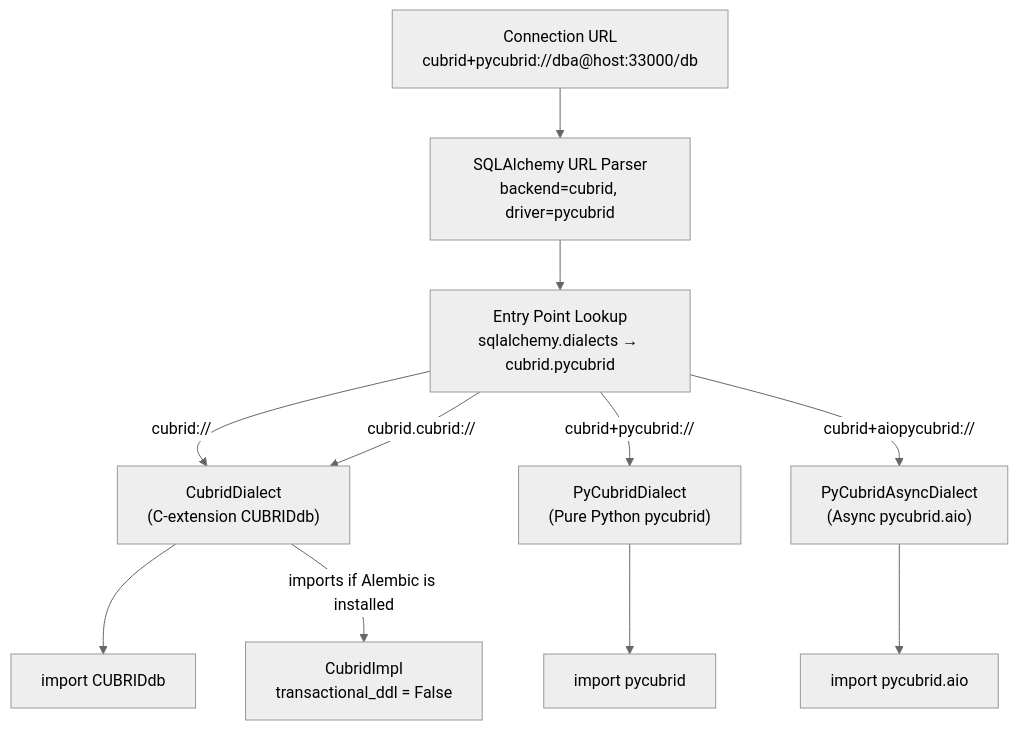
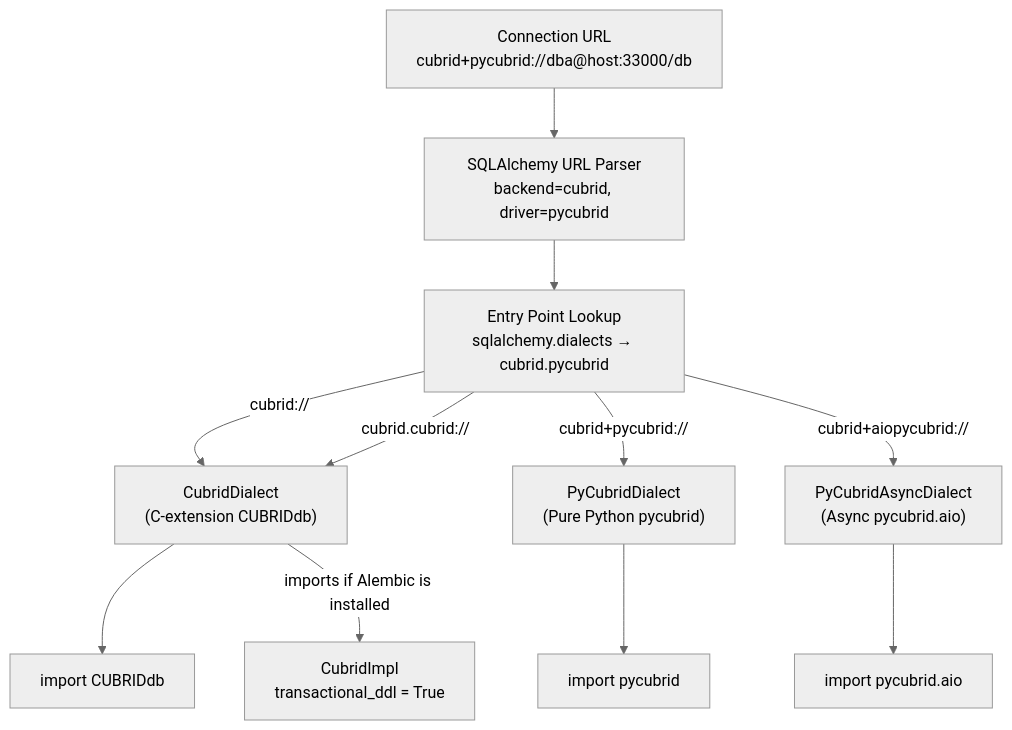
One commit to HarshRajSinghania/sqlalchemy-cubrid changed the fifth of 6 diagrams in docs/ARCHITECTURE.md. Above: the diagram before and after it, drawn with Mermaid (neutral theme). The commit also changed other lines of this file and 29 other files, not shown here.

First line of the commit message:
fix(alembic): treat CUBRID DDL as transactional (transactional_ddl = True) (#525)

````diff
--- a/docs/ARCHITECTURE.md
+++ b/docs/ARCHITECTURE.md
@@ -213,20 +213,20 @@
 ```mermaid
 flowchart TD
     url["Connection URL<br/>cubrid+pycubrid://dba@host:33000/db"]
     parse["SQLAlchemy URL Parser<br/>backend=cubrid, driver=pycubrid"]
     entry["Entry Point Lookup<br/>sqlalchemy.dialects → cubrid.pycubrid"]
     
     url --> parse
     parse --> entry
     
     entry -->|"cubrid://"| cubrid_dialect["CubridDialect<br/>(C-extension CUBRIDdb)"]
     entry -->|"cubrid.cubrid://"| cubrid_dialect
     entry -->|"cubrid+pycubrid://"| pycubrid_dialect["PyCubridDialect<br/>(Pure Python pycubrid)"]
     entry -->|"cubrid+aiopycubrid://"| aio_pycubrid_dialect["PyCubridAsyncDialect<br/>(Async pycubrid.aio)"]
     
     cubrid_dialect --> import_c["import CUBRIDdb"]
     pycubrid_dialect --> import_py["import pycubrid"]
     aio_pycubrid_dialect --> import_aio["import pycubrid.aio"]
     
-    cubrid_dialect -->|"imports if Alembic is installed"| alembic_impl["CubridImpl<br/>transactional_ddl = False"]
+    cubrid_dialect -->|"imports if Alembic is installed"| alembic_impl["CubridImpl<br/>transactional_ddl = True"]
 ```
````
